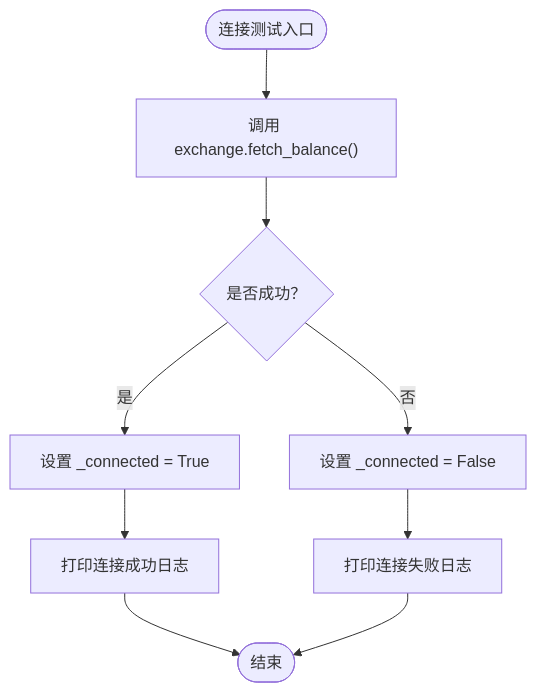
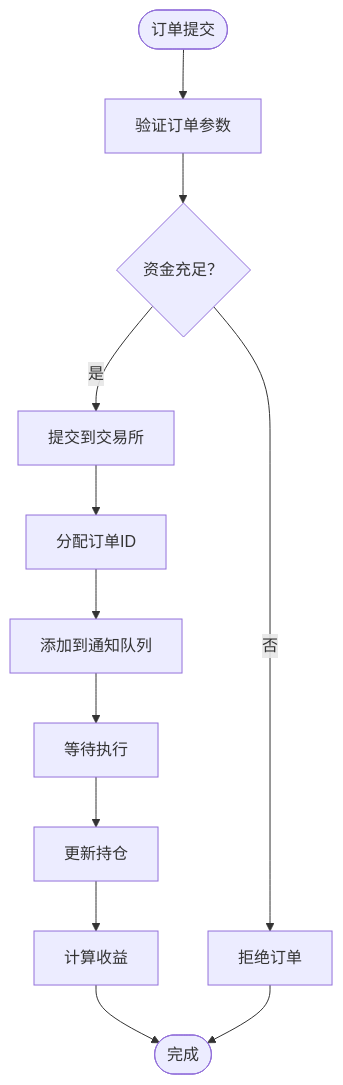
The fourth of 6 diagrams in .qoder/repowiki/zh/content/实盘交易模块/Binance交易所集成/BinanceStore存储层.md (bench-prog/backtrader), drawn with Mermaid before and after one commit. The commit also changed other lines of this file and 23 other files, not shown here.

````diff
--- a/.qoder/repowiki/zh/content/实盘交易模块/Binance交易所集成/BinanceStore存储层.md
+++ b/.qoder/repowiki/zh/content/实盘交易模块/Binance交易所集成/BinanceStore存储层.md
@@ -176,11 +204,14 @@
 ```mermaid
 flowchart TD
-Start(["连接测试入口"]) --> FetchBalance["调用 exchange.fetch_balance()"]
-FetchBalance --> Success{"是否成功？"}
-Success --> |是| SetConnected["设置 _connected = True"]
-Success --> |否| SetDisconnected["设置 _connected = False"]
-SetConnected --> PrintSuccess["打印连接成功日志"]
-SetDisconnected --> PrintFail["打印连接失败日志"]
-PrintSuccess --> End(["结束"])
-PrintFail --> End
+Start(["订单提交"]) --> Validate["验证订单参数"]
+Validate --> CheckCash{"资金充足？"}
+CheckCash --> |是| Submit["提交到交易所"]
+CheckCash --> |否| Reject["拒绝订单"]
+Submit --> AssignID["分配订单ID"]
+AssignID --> Notify["添加到通知队列"]
+Notify --> Exec["等待执行"]
+Exec --> UpdatePos["更新持仓"]
+UpdatePos --> CalcProfit["计算收益"]
+CalcProfit --> End(["完成"])
+Reject --> End
 ```
````
